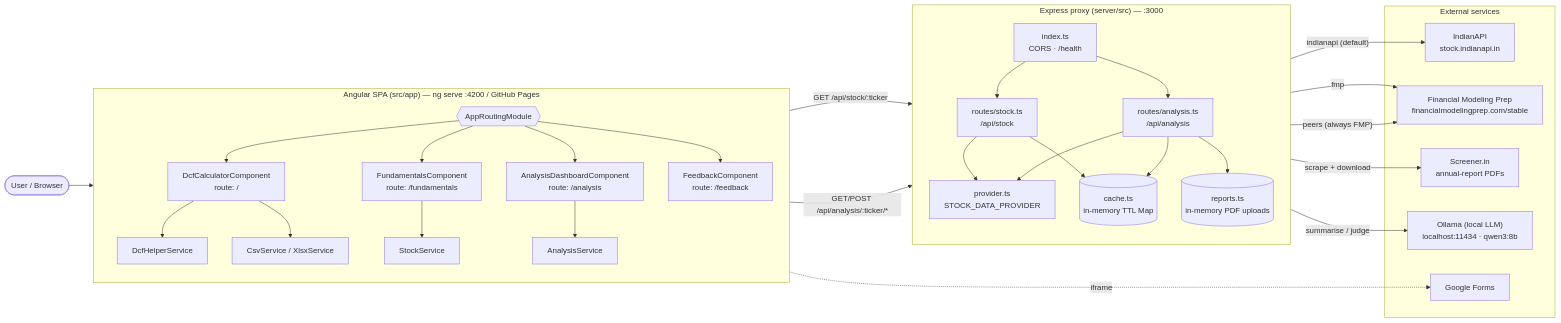
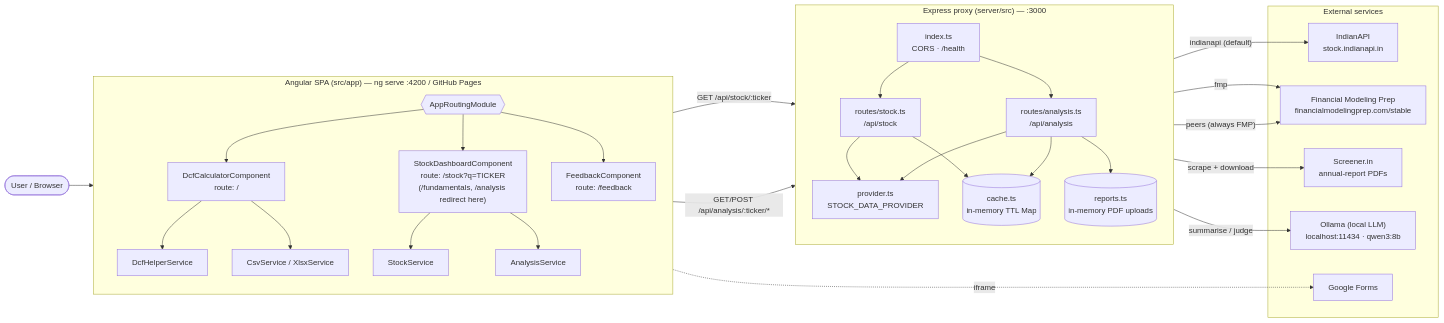
Before and after one commit to vigneshsn/dcf-stock-valuation: the first of 5 diagrams in docs/architecture.md, drawn with Mermaid. The commit also changed other lines of this file and 34 other files, not shown here.

First line of the commit message:
feat: implement stock dashboard component with quantitative and qualitative analysis features

````diff
--- a/docs/architecture.md
+++ b/docs/architecture.md
@@ -7,59 +7,58 @@
 ```mermaid
 flowchart LR
     user([User / Browser])
 
     subgraph spa["Angular SPA (src/app) — ng serve :4200 / GitHub Pages"]
         direction TB
         router{{AppRoutingModule}}
         dcfc["DcfCalculatorComponent<br/>route: /"]
-        fund["FundamentalsComponent<br/>route: /fundamentals"]
-        dash["AnalysisDashboardComponent<br/>route: /analysis"]
+        dash["StockDashboardComponent<br/>route: /stock?q=TICKER<br/>(/fundamentals, /analysis redirect here)"]
         fb["FeedbackComponent<br/>route: /feedback"]
         helper["DcfHelperService"]
         export["CsvService / XlsxService"]
         stockSvc["StockService"]
         analysisSvc["AnalysisService"]
 
-        router --> dcfc & fund & dash & fb
+        router --> dcfc & dash & fb
         dcfc --> helper
         dcfc --> export
-        fund --> stockSvc
+        dash --> stockSvc
         dash --> analysisSvc
     end
 
     subgraph server["Express proxy (server/src) — :3000"]
         direction TB
         idx["index.ts<br/>CORS · /health"]
         stockRoute["routes/stock.ts<br/>/api/stock"]
         analysisRoute["routes/analysis.ts<br/>/api/analysis"]
         provider["provider.ts<br/>STOCK_DATA_PROVIDER"]
         cache[("cache.ts<br/>in-memory TTL Map")]
         uploads[("reports.ts<br/>in-memory PDF uploads")]
 
         idx --> stockRoute & analysisRoute
         stockRoute --> provider
         analysisRoute --> provider
         stockRoute --> cache
         analysisRoute --> cache
         analysisRoute --> uploads
     end
 
     subgraph ext["External services"]
         indian["IndianAPI<br/>stock.indianapi.in"]
         fmp["Financial Modeling Prep<br/>financialmodelingprep.com/stable"]
         screener["Screener.in<br/>annual-report PDFs"]
         ollama["Ollama (local LLM)<br/>localhost:11434 · qwen3:8b"]
         gforms["Google Forms"]
     end
 
     user --> router
     stockSvc -- "GET /api/stock/:ticker" --> stockRoute
     analysisSvc -- "GET/POST /api/analysis/:ticker/*" --> analysisRoute
     fb -. iframe .-> gforms
 
     provider -- "indianapi (default)" --> indian
     provider -- fmp --> fmp
     analysisRoute -- "peers (always FMP)" --> fmp
     analysisRoute -- "scrape + download" --> screener
     analysisRoute -- "summarise / judge" --> ollama
 ```
````
